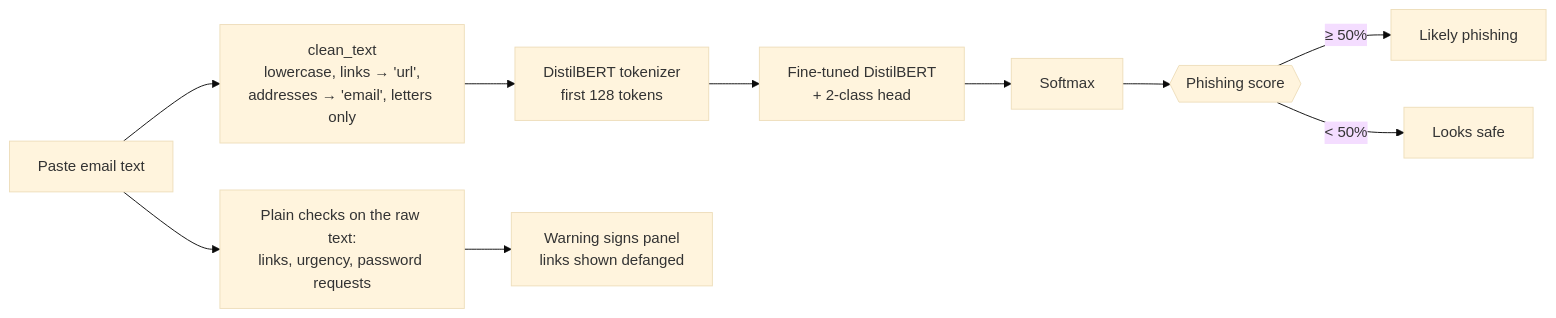
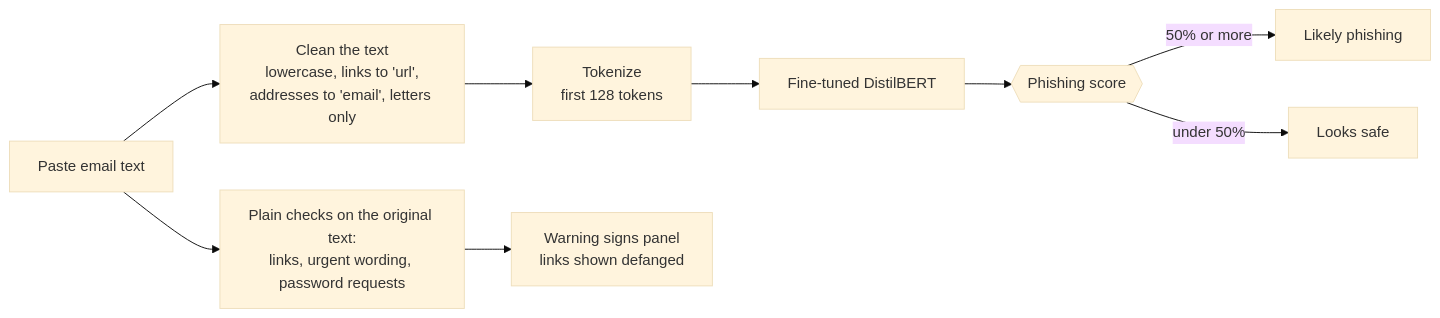
Before and after one commit to aurveus/AI-phishing-detector: the first of 3 diagrams in README.md, drawn with Mermaid (base theme). The commit also changed other lines of this file and 17 other files, not shown here.

````diff
--- a/README.md
+++ b/README.md
@@ -39,12 +44,11 @@
 ```mermaid
 flowchart LR
-    A[Paste email text] --> B[clean_text<br/>lowercase, links → 'url',<br/>addresses → 'email', letters only]
-    B --> C[DistilBERT tokenizer<br/>first 128 tokens]
-    C --> D[Fine-tuned DistilBERT<br/>+ 2-class head]
-    D --> E[Softmax]
-    E --> F{{Phishing score}}
-    F -->|"≥ 50%"| G[Likely phishing]
-    F -->|"< 50%"| H[Looks safe]
-    A --> S[Plain checks on the raw text:<br/>links, urgency, password requests]
+    A[Paste email text] --> B[Clean the text<br/>lowercase, links to 'url',<br/>addresses to 'email', letters only]
+    B --> C[Tokenize<br/>first 128 tokens]
+    C --> D[Fine-tuned DistilBERT]
+    D --> E{{Phishing score}}
+    E -->|50% or more| G[Likely phishing]
+    E -->|under 50%| H[Looks safe]
+    A --> S[Plain checks on the original text:<br/>links, urgent wording, password requests]
     S --> W[Warning signs panel<br/>links shown defanged]
 ```
````
